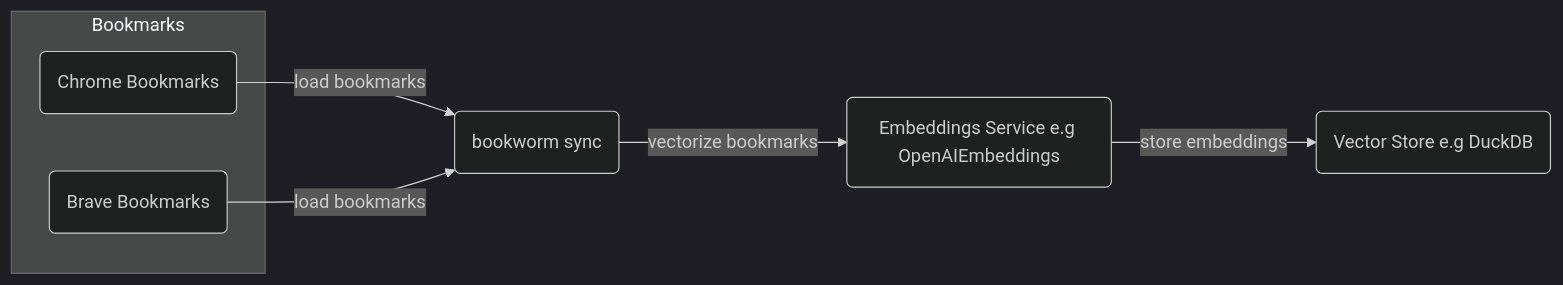
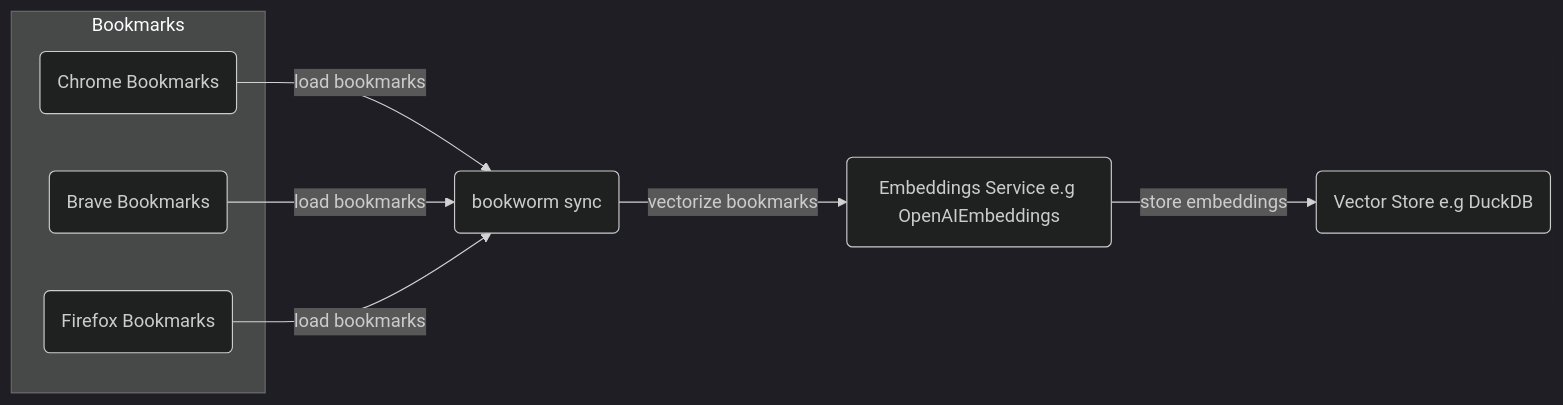
Before and after one commit to kiran94/bookworm: the first of 2 diagrams in README.md, drawn with Mermaid (dark theme). The commit also changed other lines of this file and 7 other files, not shown here.

````diff
--- a/README.md
+++ b/README.md
@@ -43,19 +43,21 @@
 ```mermaid
 graph LR
 
 subgraph Bookmarks
     Chrome(Chrome Bookmarks)
     Brave(Brave Bookmarks)
+    Firefox(Firefox Bookmarks)
 end
 
 Bookworm(bookworm sync)
 
 EmbeddingsService(Embeddings Service e.g OpenAIEmbeddings)
 
 VectorStore(Vector Store e.g DuckDB)
 
 Chrome -->|load bookmarks|Bookworm
 Brave -->|load bookmarks|Bookworm
+Firefox -->|load bookmarks|Bookworm
 
 Bookworm -->|vectorize bookmarks|EmbeddingsService-->|store embeddings|VectorStore
 ```
````
